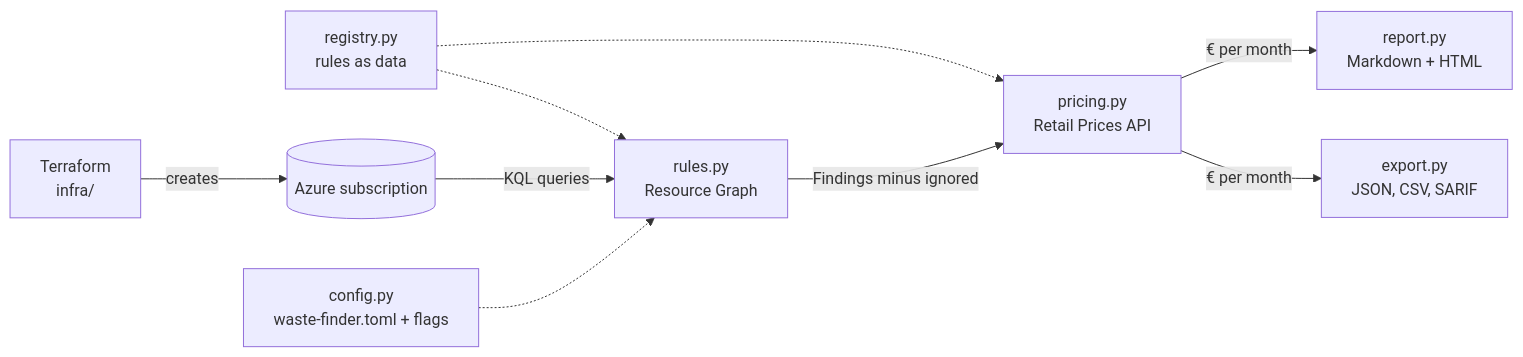
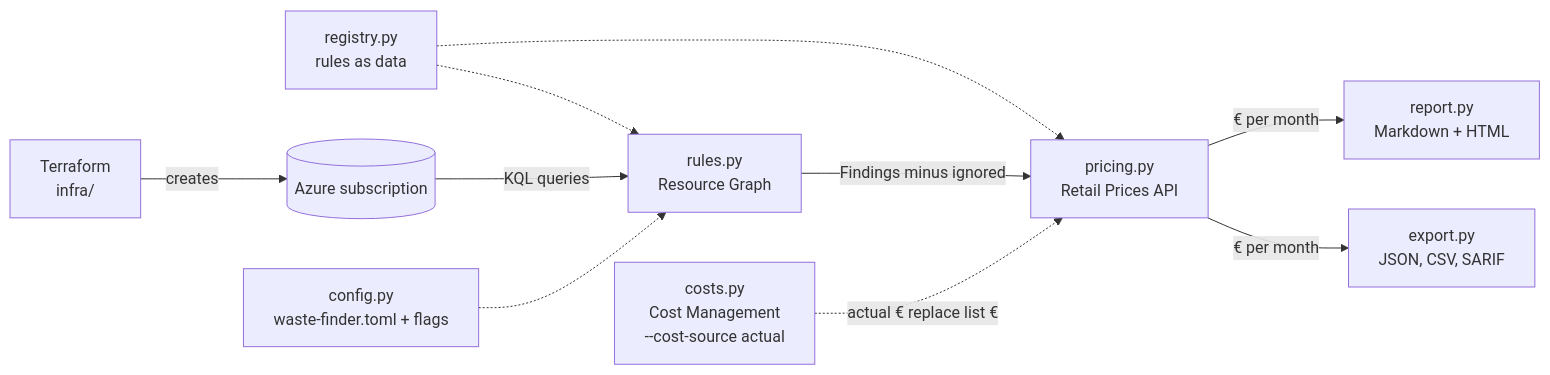
The diagram in README.md (viache25/azure-waste-finder), drawn with Mermaid before and after one commit. The commit also changed other lines of this file and 21 other files, not shown here.

First line of the commit message:
feat: actual costs from Cost Management with per-finding retail fallback (#16)

````diff
--- a/README.md
+++ b/README.md
@@ -40,11 +40,12 @@
 ```mermaid
 flowchart LR
     TF[Terraform<br/>infra/] -->|creates| AZ[(Azure subscription)]
     REG[registry.py<br/>rules as data] -.-> RG
     REG -.-> PR
     AZ -->|KQL queries| RG[rules.py<br/>Resource Graph]
     CFG[config.py<br/>waste-finder.toml + flags] -.-> RG
     RG -->|Findings minus ignored| PR[pricing.py<br/>Retail Prices API]
+    CM[costs.py<br/>Cost Management<br/>--cost-source actual] -.->|actual € replace list €| PR
     PR -->|€ per month| RP[report.py<br/>Markdown + HTML]
     PR -->|€ per month| EX[export.py<br/>JSON, CSV, SARIF]
 ```
````
